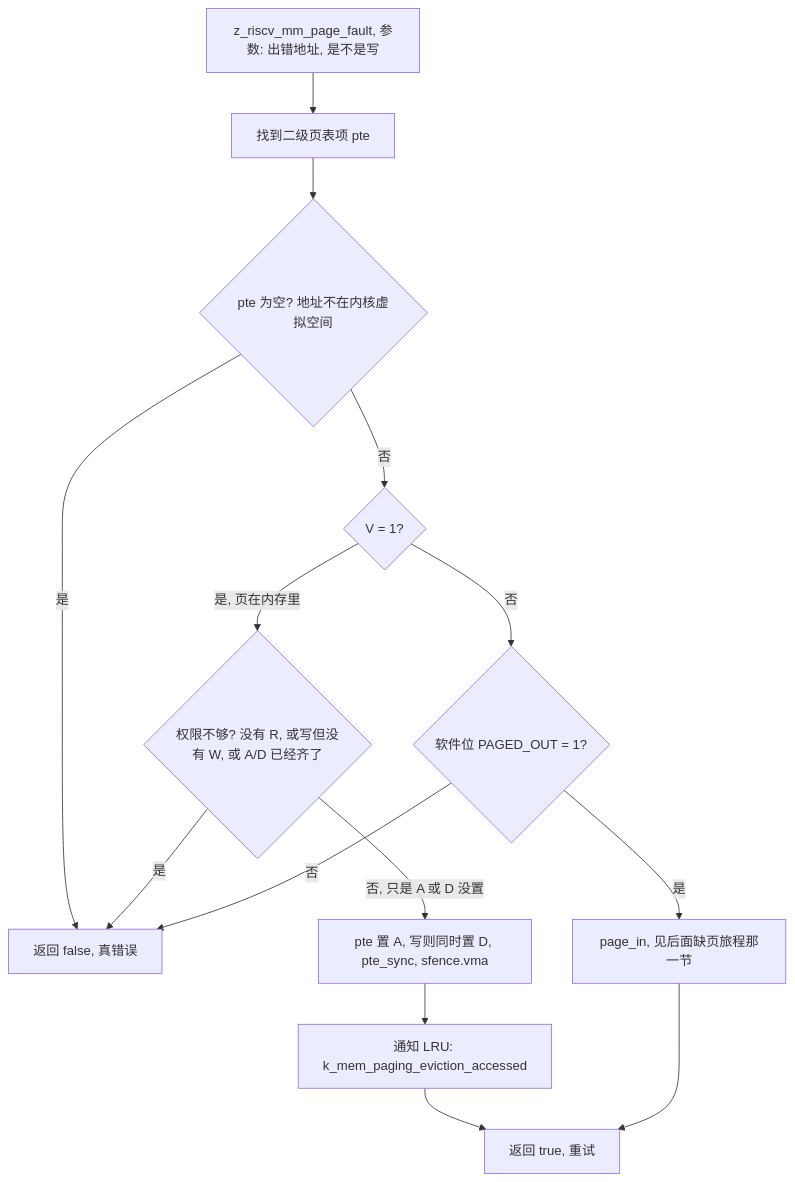
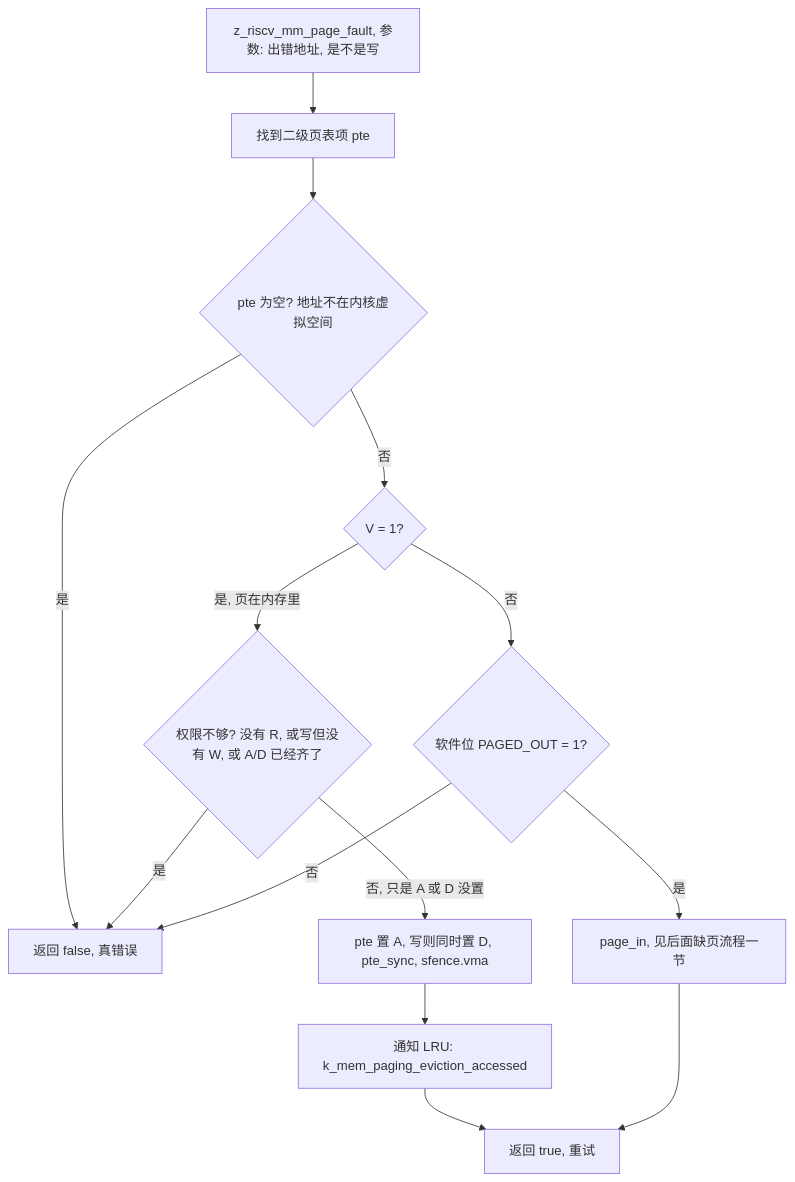
The tenth of 17 diagrams in source/_posts/2026-10-04-riscv-mmu-16m-rom.md (YuzukiTsuru/YuzukiTsuru.GitHub.io), drawn with Mermaid before and after one commit. The commit also changed other lines of this file and 2 other files, not shown here.

````diff
--- a/source/_posts/2026-10-04-riscv-mmu-16m-rom.md
+++ b/source/_posts/2026-10-04-riscv-mmu-16m-rom.md
@@ -634,16 +632,16 @@
 ```mermaid
 flowchart TD
     S["z_riscv_mm_page_fault, 参数: 出错地址, 是不是写"] --> L["找到二级页表项 pte"]
     L --> N{"pte 为空? 地址不在内核虚拟空间"}
     N -->|"是"| FALSE["返回 false, 真错误"]
     N -->|"否"| V{"V = 1?"}
     V -->|"是, 页在内存里"| PERM{"权限不够? 没有 R, 或写但没有 W, 或 A/D 已经齐了"}
     PERM -->|"是"| FALSE
     PERM -->|"否, 只是 A 或 D 没置"| SET["pte 置 A, 写则同时置 D, pte_sync, sfence.vma"]
     SET --> ACC["通知 LRU: k_mem_paging_eviction_accessed"]
     ACC --> TRUE["返回 true, 重试"]
     V -->|"否"| PO{"软件位 PAGED_OUT = 1?"}
     PO -->|"否"| FALSE
-    PO -->|"是"| PIN["page_in, 见后面缺页旅程那一节"]
+    PO -->|"是"| PIN["page_in, 见后面缺页流程一节"]
     PIN --> TRUE
 ```
````
